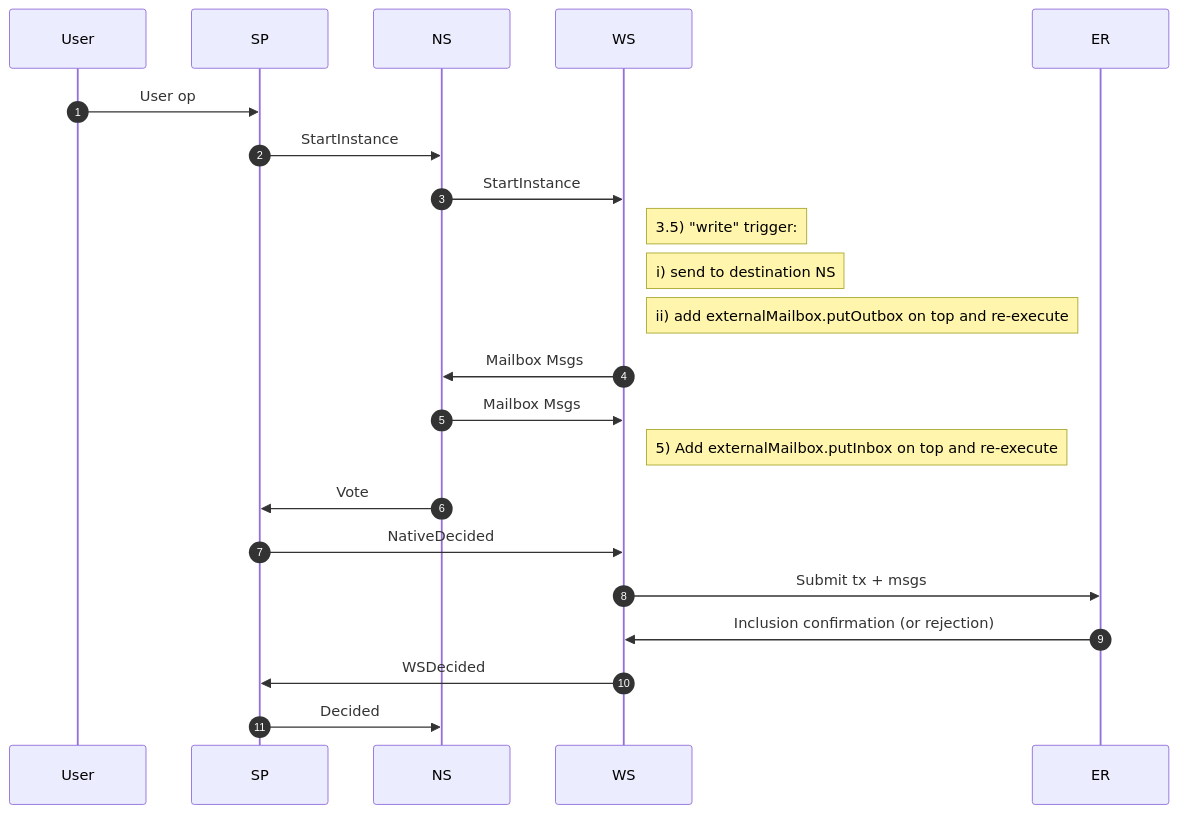
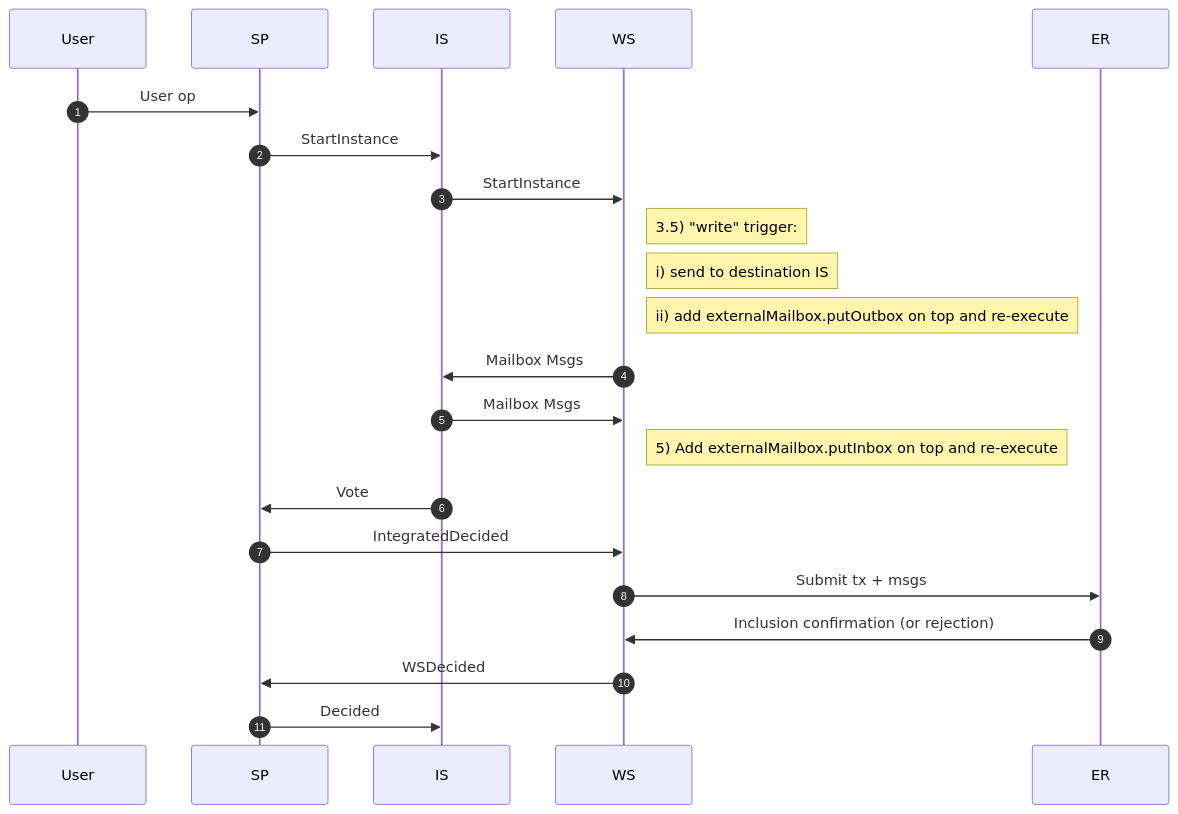
One commit to compose-network/specs changed the fourth of 5 diagrams in cross_domain_composability_protocol.md. Above: the diagram before and after it, drawn with Mermaid. The commit also changed other lines of this file, not shown here.

Commit message:
replace native terminology by integrated

````diff
--- a/cross_domain_composability_protocol.md
+++ b/cross_domain_composability_protocol.md
@@ -336,36 +336,36 @@
 ```mermaid
 sequenceDiagram
     autonumber
 
     participant User
     participant SP
-    participant NS
+    participant IS
     participant WS
     participant ER
 
     User->>SP: User op
 
-    SP->>NS: StartInstance
-    NS->>WS: StartInstance
+    SP->>IS: StartInstance
+    IS->>WS: StartInstance
 
     Note right of WS:3.5) "write" trigger:
-    Note right of WS:i) send to destination NS
+    Note right of WS:i) send to destination IS
     Note right of WS:ii) add externalMailbox.putOutbox on top and re-execute
 
-    WS->>NS: Mailbox Msgs
+    WS->>IS: Mailbox Msgs
 
-    NS->>WS: Mailbox Msgs
+    IS->>WS: Mailbox Msgs
     Note right of WS:5) Add externalMailbox.putInbox on top and re-execute
 
 
-    NS->>SP: Vote
+    IS->>SP: Vote
 
-    SP->>WS: NativeDecided
+    SP->>WS: IntegratedDecided
 
     WS->>ER: Submit tx + msgs
     ER->>WS: Inclusion confirmation (or rejection)
 
     WS->>SP: WSDecided
 
-    SP->>NS: Decided
+    SP->>IS: Decided
 ```
````
